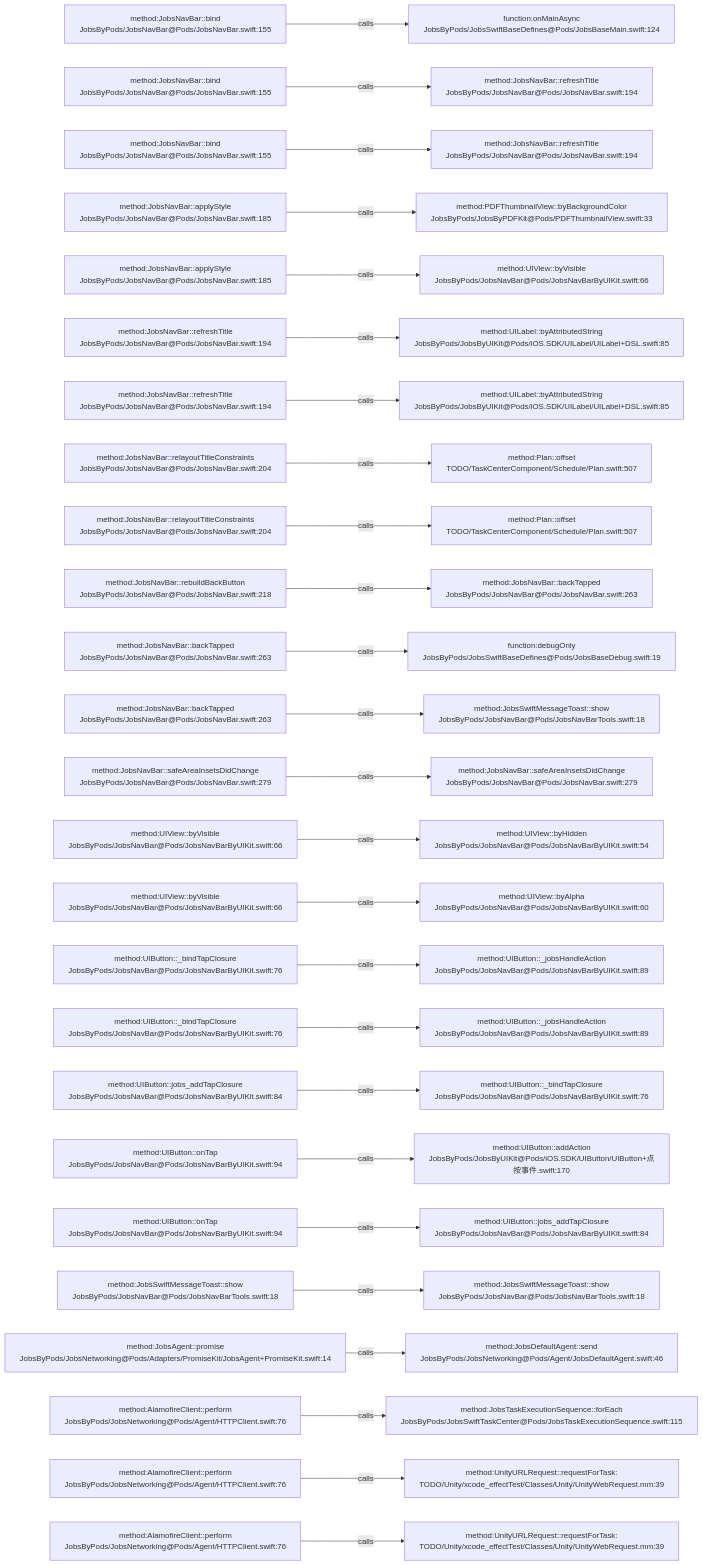
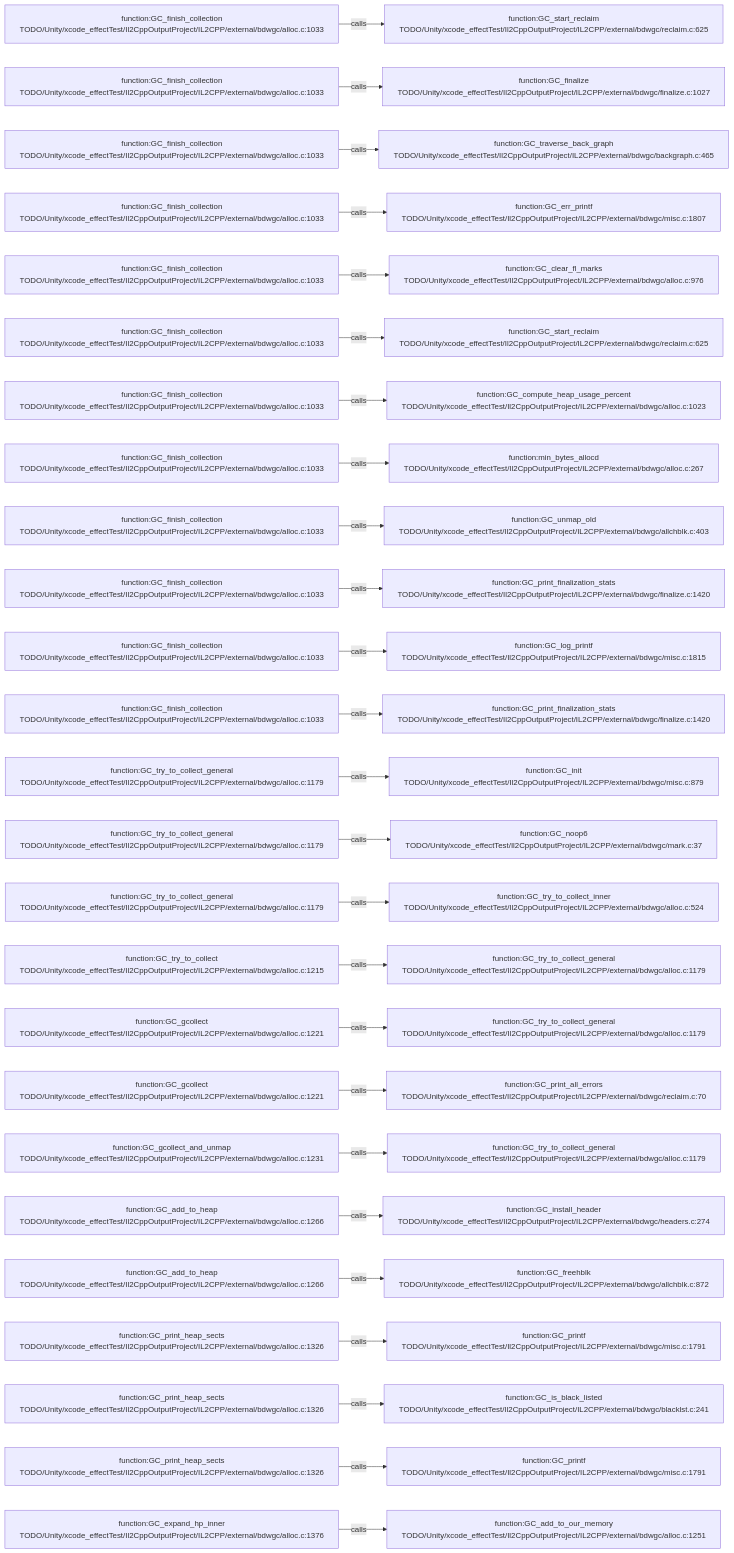
The diagram in .codegraph/codegraph.md/graphs/calls-146.md (JobsKits/JobsSwiftBaseConfigDemo), drawn with Mermaid before and after one commit. The commit also changed 569 other files, not shown here.

````diff
--- a/.codegraph/codegraph.md/graphs/calls-146.md
+++ b/.codegraph/codegraph.md/graphs/calls-146.md
@@ -13,78 +13,78 @@
 ```mermaid
 flowchart LR
-  S1["method:JobsNavBar::bind<br/>JobsByPods/JobsNavBar@Pods/JobsNavBar.swift:155"]
-  T1["function:onMainAsync<br/>JobsByPods/JobsSwiftBaseDefines@Pods/JobsBaseMain.swift:124"]
+  S1["function:GC_finish_collection<br/>TODO/Unity/xcode_effectTest/Il2CppOutputProject/IL2CPP/external/bdwgc/alloc.c:1033"]
+  T1["function:GC_start_reclaim<br/>TODO/Unity/xcode_effectTest/Il2CppOutputProject/IL2CPP/external/bdwgc/reclaim.c:625"]
   S1 -->|calls| T1
-  S2["method:JobsNavBar::bind<br/>JobsByPods/JobsNavBar@Pods/JobsNavBar.swift:155"]
-  T2["method:JobsNavBar::refreshTitle<br/>JobsByPods/JobsNavBar@Pods/JobsNavBar.swift:194"]
+  S2["function:GC_finish_collection<br/>TODO/Unity/xcode_effectTest/Il2CppOutputProject/IL2CPP/external/bdwgc/alloc.c:1033"]
+  T2["function:GC_finalize<br/>TODO/Unity/xcode_effectTest/Il2CppOutputProject/IL2CPP/external/bdwgc/finalize.c:1027"]
   S2 -->|calls| T2
-  S3["method:JobsNavBar::bind<br/>JobsByPods/JobsNavBar@Pods/JobsNavBar.swift:155"]
-  T3["method:JobsNavBar::refreshTitle<br/>JobsByPods/JobsNavBar@Pods/JobsNavBar.swift:194"]
+  S3["function:GC_finish_collection<br/>TODO/Unity/xcode_effectTest/Il2CppOutputProject/IL2CPP/external/bdwgc/alloc.c:1033"]
+  T3["function:GC_traverse_back_graph<br/>TODO/Unity/xcode_effectTest/Il2CppOutputProject/IL2CPP/external/bdwgc/backgraph.c:465"]
   S3 -->|calls| T3
-  S4["method:JobsNavBar::applyStyle<br/>JobsByPods/JobsNavBar@Pods/JobsNavBar.swift:185"]
-  T4["method:PDFThumbnailView::byBackgroundColor<br/>JobsByPods/JobsByPDFKit@Pods/PDFThumbnailView.swift:33"]
+  S4["function:GC_finish_collection<br/>TODO/Unity/xcode_effectTest/Il2CppOutputProject/IL2CPP/external/bdwgc/alloc.c:1033"]
+  T4["function:GC_err_printf<br/>TODO/Unity/xcode_effectTest/Il2CppOutputProject/IL2CPP/external/bdwgc/misc.c:1807"]
   S4 -->|calls| T4
-  S5["method:JobsNavBar::applyStyle<br/>JobsByPods/JobsNavBar@Pods/JobsNavBar.swift:185"]
-  T5["method:UIView::byVisible<br/>JobsByPods/JobsNavBar@Pods/JobsNavBarByUIKit.swift:66"]
+  S5["function:GC_finish_collection<br/>TODO/Unity/xcode_effectTest/Il2CppOutputProject/IL2CPP/external/bdwgc/alloc.c:1033"]
+  T5["function:GC_clear_fl_marks<br/>TODO/Unity/xcode_effectTest/Il2CppOutputProject/IL2CPP/external/bdwgc/alloc.c:976"]
   S5 -->|calls| T5
-  S6["method:JobsNavBar::refreshTitle<br/>JobsByPods/JobsNavBar@Pods/JobsNavBar.swift:194"]
-  T6["method:UILabel::byAttributedString<br/>JobsByPods/JobsByUIKit@Pods/iOS.SDK/UILabel/UILabel+DSL.swift:85"]
+  S6["function:GC_finish_collection<br/>TODO/Unity/xcode_effectTest/Il2CppOutputProject/IL2CPP/external/bdwgc/alloc.c:1033"]
+  T6["function:GC_start_reclaim<br/>TODO/Unity/xcode_effectTest/Il2CppOutputProject/IL2CPP/external/bdwgc/reclaim.c:625"]
   S6 -->|calls| T6
-  S7["method:JobsNavBar::refreshTitle<br/>JobsByPods/JobsNavBar@Pods/JobsNavBar.swift:194"]
-  T7["method:UILabel::byAttributedString<br/>JobsByPods/JobsByUIKit@Pods/iOS.SDK/UILabel/UILabel+DSL.swift:85"]
+  S7["function:GC_finish_collection<br/>TODO/Unity/xcode_effectTest/Il2CppOutputProject/IL2CPP/external/bdwgc/alloc.c:1033"]
+  T7["function:GC_compute_heap_usage_percent<br/>TODO/Unity/xcode_effectTest/Il2CppOutputProject/IL2CPP/external/bdwgc/alloc.c:1023"]
   S7 -->|calls| T7
-  S8["method:JobsNavBar::relayoutTitleConstraints<br/>JobsByPods/JobsNavBar@Pods/JobsNavBar.swift:204"]
-  T8["method:Plan::offset<br/>TODO/TaskCenterComponent/Schedule/Plan.swift:507"]
+  S8["function:GC_finish_collection<br/>TODO/Unity/xcode_effectTest/Il2CppOutputProject/IL2CPP/external/bdwgc/alloc.c:1033"]
+  T8["function:min_bytes_allocd<br/>TODO/Unity/xcode_effectTest/Il2CppOutputProject/IL2CPP/external/bdwgc/alloc.c:267"]
   S8 -->|calls| T8
-  S9["method:JobsNavBar::relayoutTitleConstraints<br/>JobsByPods/JobsNavBar@Pods/JobsNavBar.swift:204"]
-  T9["method:Plan::offset<br/>TODO/TaskCenterComponent/Schedule/Plan.swift:507"]
+  S9["function:GC_finish_collection<br/>TODO/Unity/xcode_effectTest/Il2CppOutputProject/IL2CPP/external/bdwgc/alloc.c:1033"]
+  T9["function:GC_unmap_old<br/>TODO/Unity/xcode_effectTest/Il2CppOutputProject/IL2CPP/external/bdwgc/allchblk.c:403"]
   S9 -->|calls| T9
-  S10["method:JobsNavBar::rebuildBackButton<br/>JobsByPods/JobsNavBar@Pods/JobsNavBar.swift:218"]
-  T10["method:JobsNavBar::backTapped<br/>JobsByPods/JobsNavBar@Pods/JobsNavBar.swift:263"]
+  S10["function:GC_finish_collection<br/>TODO/Unity/xcode_effectTest/Il2CppOutputProject/IL2CPP/external/bdwgc/alloc.c:1033"]
+  T10["function:GC_print_finalization_stats<br/>TODO/Unity/xcode_effectTest/Il2CppOutputProject/IL2CPP/external/bdwgc/finalize.c:1420"]
   S10 -->|calls| T10
-  S11["method:JobsNavBar::backTapped<br/>JobsByPods/JobsNavBar@Pods/JobsNavBar.swift:263"]
-  T11["function:debugOnly<br/>JobsByPods/JobsSwiftBaseDefines@Pods/JobsBaseDebug.swift:19"]
+  S11["function:GC_finish_collection<br/>TODO/Unity/xcode_effectTest/Il2CppOutputProject/IL2CPP/external/bdwgc/alloc.c:1033"]
+  T11["function:GC_log_printf<br/>TODO/Unity/xcode_effectTest/Il2CppOutputProject/IL2CPP/external/bdwgc/misc.c:1815"]
   S11 -->|calls| T11
-  S12["method:JobsNavBar::backTapped<br/>JobsByPods/JobsNavBar@Pods/JobsNavBar.swift:263"]
-  T12["method:JobsSwiftMessageToast::show<br/>JobsByPods/JobsNavBar@Pods/JobsNavBarTools.swift:18"]
+  S12["function:GC_finish_collection<br/>TODO/Unity/xcode_effectTest/Il2CppOutputProject/IL2CPP/external/bdwgc/alloc.c:1033"]
+  T12["function:GC_print_finalization_stats<br/>TODO/Unity/xcode_effectTest/Il2CppOutputProject/IL2CPP/external/bdwgc/finalize.c:1420"]
   S12 -->|calls| T12
-  S13["method:JobsNavBar::safeAreaInsetsDidChange<br/>JobsByPods/JobsNavBar@Pods/JobsNavBar.swift:279"]
-  T13["method:JobsNavBar::safeAreaInsetsDidChange<br/>JobsByPods/JobsNavBar@Pods/JobsNavBar.swift:279"]
+  S13["function:GC_try_to_collect_general<br/>TODO/Unity/xcode_effectTest/Il2CppOutputProject/IL2CPP/external/bdwgc/alloc.c:1179"]
+  T13["function:GC_init<br/>TODO/Unity/xcode_effectTest/Il2CppOutputProject/IL2CPP/external/bdwgc/misc.c:879"]
   S13 -->|calls| T13
-  S14["method:UIView::byVisible<br/>JobsByPods/JobsNavBar@Pods/JobsNavBarByUIKit.swift:66"]
-  T14["method:UIView::byHidden<br/>JobsByPods/JobsNavBar@Pods/JobsNavBarByUIKit.swift:54"]
+  S14["function:GC_try_to_collect_general<br/>TODO/Unity/xcode_effectTest/Il2CppOutputProject/IL2CPP/external/bdwgc/alloc.c:1179"]
+  T14["function:GC_noop6<br/>TODO/Unity/xcode_effectTest/Il2CppOutputProject/IL2CPP/external/bdwgc/mark.c:37"]
   S14 -->|calls| T14
-  S15["method:UIView::byVisible<br/>JobsByPods/JobsNavBar@Pods/JobsNavBarByUIKit.swift:66"]
-  T15["method:UIView::byAlpha<br/>JobsByPods/JobsNavBar@Pods/JobsNavBarByUIKit.swift:60"]
+  S15["function:GC_try_to_collect_general<br/>TODO/Unity/xcode_effectTest/Il2CppOutputProject/IL2CPP/external/bdwgc/alloc.c:1179"]
+  T15["function:GC_try_to_collect_inner<br/>TODO/Unity/xcode_effectTest/Il2CppOutputProject/IL2CPP/external/bdwgc/alloc.c:524"]
   S15 -->|calls| T15
-  S16["method:UIButton::_bindTapClosure<br/>JobsByPods/JobsNavBar@Pods/JobsNavBarByUIKit.swift:76"]
-  T16["method:UIButton::_jobsHandleAction<br/>JobsByPods/JobsNavBar@Pods/JobsNavBarByUIKit.swift:89"]
+  S16["function:GC_try_to_collect<br/>TODO/Unity/xcode_effectTest/Il2CppOutputProject/IL2CPP/external/bdwgc/alloc.c:1215"]
+  T16["function:GC_try_to_collect_general<br/>TODO/Unity/xcode_effectTest/Il2CppOutputProject/IL2CPP/external/bdwgc/alloc.c:1179"]
   S16 -->|calls| T16
-  S17["method:UIButton::_bindTapClosure<br/>JobsByPods/JobsNavBar@Pods/JobsNavBarByUIKit.swift:76"]
-  T17["method:UIButton::_jobsHandleAction<br/>JobsByPods/JobsNavBar@Pods/JobsNavBarByUIKit.swift:89"]
+  S17["function:GC_gcollect<br/>TODO/Unity/xcode_effectTest/Il2CppOutputProject/IL2CPP/external/bdwgc/alloc.c:1221"]
+  T17["function:GC_try_to_collect_general<br/>TODO/Unity/xcode_effectTest/Il2CppOutputProject/IL2CPP/external/bdwgc/alloc.c:1179"]
   S17 -->|calls| T17
-  S18["method:UIButton::jobs_addTapClosure<br/>JobsByPods/JobsNavBar@Pods/JobsNavBarByUIKit.swift:84"]
-  T18["method:UIButton::_bindTapClosure<br/>JobsByPods/JobsNavBar@Pods/JobsNavBarByUIKit.swift:76"]
+  S18["function:GC_gcollect<br/>TODO/Unity/xcode_effectTest/Il2CppOutputProject/IL2CPP/external/bdwgc/alloc.c:1221"]
+  T18["function:GC_print_all_errors<br/>TODO/Unity/xcode_effectTest/Il2CppOutputProject/IL2CPP/external/bdwgc/reclaim.c:70"]
   S18 -->|calls| T18
-  S19["method:UIButton::onTap<br/>JobsByPods/JobsNavBar@Pods/JobsNavBarByUIKit.swift:94"]
-  T19["method:UIButton::addAction<br/>JobsByPods/JobsByUIKit@Pods/iOS.SDK/UIButton/UIButton+点按事件.swift:170"]
+  S19["function:GC_gcollect_and_unmap<br/>TODO/Unity/xcode_effectTest/Il2CppOutputProject/IL2CPP/external/bdwgc/alloc.c:1231"]
+  T19["function:GC_try_to_collect_general<br/>TODO/Unity/xcode_effectTest/Il2CppOutputProject/IL2CPP/external/bdwgc/alloc.c:1179"]
   S19 -->|calls| T19
-  S20["method:UIButton::onTap<br/>JobsByPods/JobsNavBar@Pods/JobsNavBarByUIKit.swift:94"]
-  T20["method:UIButton::jobs_addTapClosure<br/>JobsByPods/JobsNavBar@Pods/JobsNavBarByUIKit.swift:84"]
+  S20["function:GC_add_to_heap<br/>TODO/Unity/xcode_effectTest/Il2CppOutputProject/IL2CPP/external/bdwgc/alloc.c:1266"]
+  T20["function:GC_install_header<br/>TODO/Unity/xcode_effectTest/Il2CppOutputProject/IL2CPP/external/bdwgc/headers.c:274"]
   S20 -->|calls| T20
-  S21["method:JobsSwiftMessageToast::show<br/>JobsByPods/JobsNavBar@Pods/JobsNavBarTools.swift:18"]
-  T21["method:JobsSwiftMessageToast::show<br/>JobsByPods/JobsNavBar@Pods/JobsNavBarTools.swift:18"]
+  S21["function:GC_add_to_heap<br/>TODO/Unity/xcode_effectTest/Il2CppOutputProject/IL2CPP/external/bdwgc/alloc.c:1266"]
+  T21["function:GC_freehblk<br/>TODO/Unity/xcode_effectTest/Il2CppOutputProject/IL2CPP/external/bdwgc/allchblk.c:872"]
   S21 -->|calls| T21
-  S22["method:JobsAgent::promise<br/>JobsByPods/JobsNetworking@Pods/Adapters/PromiseKit/JobsAgent+PromiseKit.swift:14"]
-  T22["method:JobsDefaultAgent::send<br/>JobsByPods/JobsNetworking@Pods/Agent/JobsDefaultAgent.swift:46"]
+  S22["function:GC_print_heap_sects<br/>TODO/Unity/xcode_effectTest/Il2CppOutputProject/IL2CPP/external/bdwgc/alloc.c:1326"]
+  T22["function:GC_printf<br/>TODO/Unity/xcode_effectTest/Il2CppOutputProject/IL2CPP/external/bdwgc/misc.c:1791"]
   S22 -->|calls| T22
-  S23["method:AlamofireClient::perform<br/>JobsByPods/JobsNetworking@Pods/Agent/HTTPClient.swift:76"]
-  T23["method:JobsTaskExecutionSequence::forEach<br/>JobsByPods/JobsSwiftTaskCenter@Pods/JobsTaskExecutionSequence.swift:115"]
+  S23["function:GC_print_heap_sects<br/>TODO/Unity/xcode_effectTest/Il2CppOutputProject/IL2CPP/external/bdwgc/alloc.c:1326"]
+  T23["function:GC_is_black_listed<br/>TODO/Unity/xcode_effectTest/Il2CppOutputProject/IL2CPP/external/bdwgc/blacklst.c:241"]
   S23 -->|calls| T23
-  S24["method:AlamofireClient::perform<br/>JobsByPods/JobsNetworking@Pods/Agent/HTTPClient.swift:76"]
-  T24["method:UnityURLRequest::requestForTask:<br/>TODO/Unity/xcode_effectTest/Classes/Unity/UnityWebRequest.mm:39"]
+  S24["function:GC_print_heap_sects<br/>TODO/Unity/xcode_effectTest/Il2CppOutputProject/IL2CPP/external/bdwgc/alloc.c:1326"]
+  T24["function:GC_printf<br/>TODO/Unity/xcode_effectTest/Il2CppOutputProject/IL2CPP/external/bdwgc/misc.c:1791"]
   S24 -->|calls| T24
-  S25["method:AlamofireClient::perform<br/>JobsByPods/JobsNetworking@Pods/Agent/HTTPClient.swift:76"]
-  T25["method:UnityURLRequest::requestForTask:<br/>TODO/Unity/xcode_effectTest/Classes/Unity/UnityWebRequest.mm:39"]
+  S25["function:GC_expand_hp_inner<br/>TODO/Unity/xcode_effectTest/Il2CppOutputProject/IL2CPP/external/bdwgc/alloc.c:1376"]
+  T25["function:GC_add_to_our_memory<br/>TODO/Unity/xcode_effectTest/Il2CppOutputProject/IL2CPP/external/bdwgc/alloc.c:1251"]
   S25 -->|calls| T25
 ```
````
